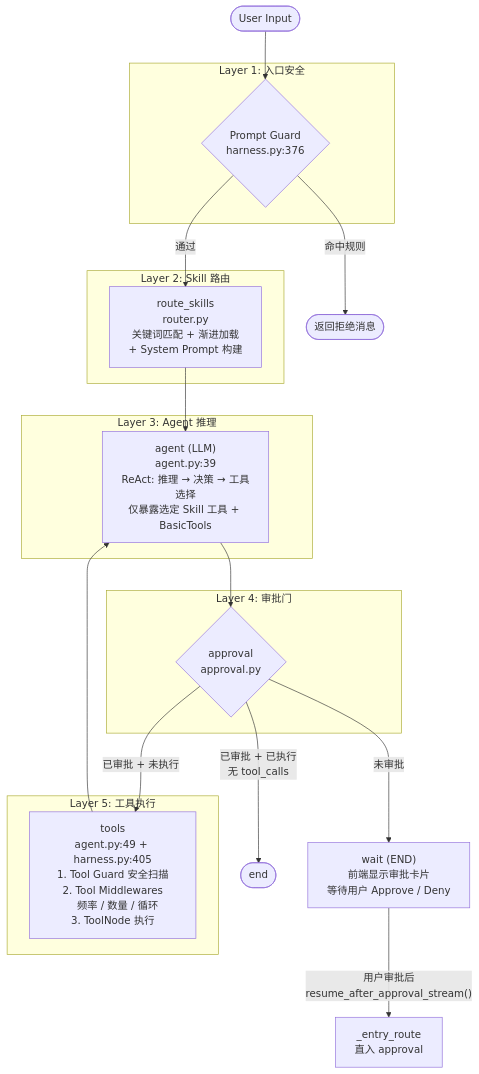
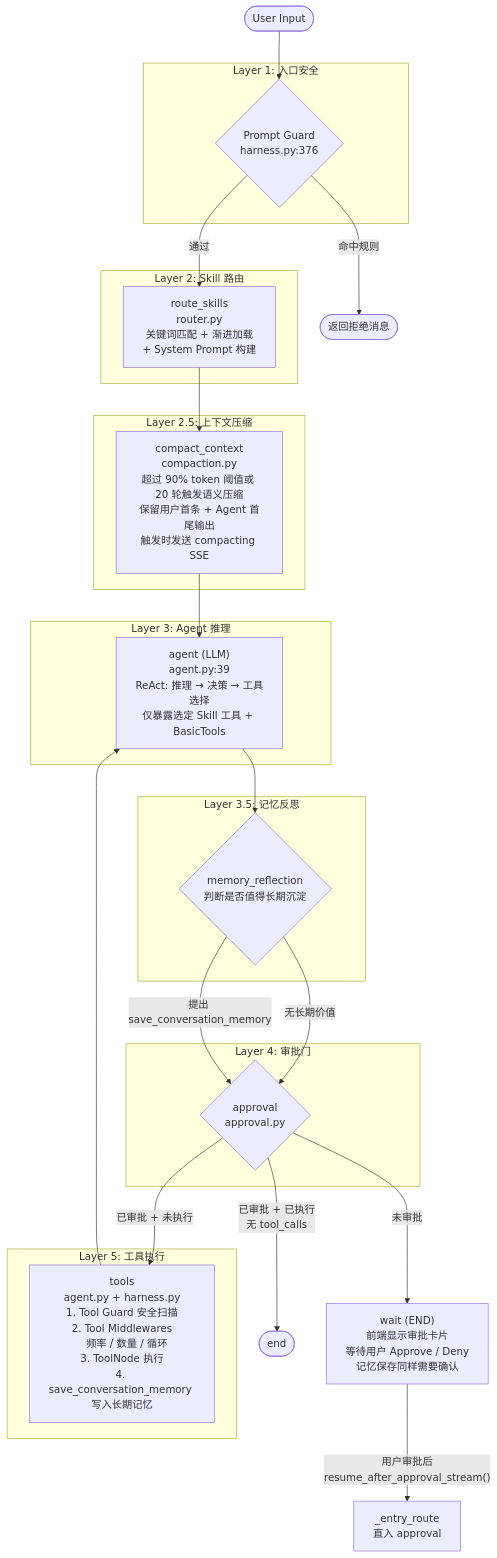
Before and after one commit to YachuanWzh/huamulan-agent: the fifth of 9 diagrams in 技术方案报告.md, drawn with Mermaid. The commit also changed other lines of this file and 33 other files, not shown here.

````diff
--- a/技术方案报告.md
+++ b/技术方案报告.md
@@ -282,40 +335,53 @@
 ```mermaid
 flowchart TD
     UI([User Input]) --> PG
 
     subgraph L1["Layer 1: 入口安全"]
         PG{"Prompt Guard<br/>harness.py:376"}
     end
 
     PG -->|"命中规则"| REJECT([返回拒绝消息])
     PG -->|"通过"| RS
 
     subgraph L2["Layer 2: Skill 路由"]
         RS["route_skills<br/>router.py<br/>关键词匹配 + 渐进加载<br/>+ System Prompt 构建"]
     end
 
-    RS --> AG
+    RS --> CC
+
+    subgraph L25["Layer 2.5: 上下文压缩"]
+        CC["compact_context<br/>compaction.py<br/>超过 90% token 阈值或 20 轮触发语义压缩<br/>保留用户首条 + Agent 首尾输出<br/>触发时发送 compacting SSE"]
+    end
+
+    CC --> AG
 
     subgraph L3["Layer 3: Agent 推理"]
         AG["agent (LLM)<br/>agent.py:39<br/>ReAct: 推理 → 决策 → 工具选择<br/>仅暴露选定 Skill 工具 + BasicTools"]
     end
 
-    AG --> AP
+    AG --> MR
+
+    subgraph L35["Layer 3.5: 记忆反思"]
+        MR{"memory_reflection<br/>判断是否值得长期沉淀"}
+    end
+
+    MR -->|"无长期价值"| AP
+    MR -->|"提出 save_conversation_memory"| AP
 
     subgraph L4["Layer 4: 审批门"]
         AP{"approval<br/>approval.py"}
     end
 
     AP -->|"未审批"| WAIT
     AP -->|"已审批 + 未执行"| TL
     AP -->|"已审批 + 已执行<br/>无 tool_calls"| ENDP([end])
 
-    WAIT["wait (END)<br/>前端显示审批卡片<br/>等待用户 Approve / Deny"]
+    WAIT["wait (END)<br/>前端显示审批卡片<br/>等待用户 Approve / Deny<br/>记忆保存同样需要确认"]
     WAIT -->|"用户审批后<br/>resume_after_approval_stream()"| RS2["_entry_route<br/>直入 approval"]
 
     subgraph L5["Layer 5: 工具执行"]
-        TL["tools<br/>agent.py:49 + harness.py:405<br/>1. Tool Guard 安全扫描<br/>2. Tool Middlewares<br/>   频率 / 数量 / 循环<br/>3. ToolNode 执行"]
+        TL["tools<br/>agent.py + harness.py<br/>1. Tool Guard 安全扫描<br/>2. Tool Middlewares<br/>   频率 / 数量 / 循环<br/>3. ToolNode 执行<br/>4. save_conversation_memory 写入长期记忆"]
     end
 
     TL --> AG
 ```
````
